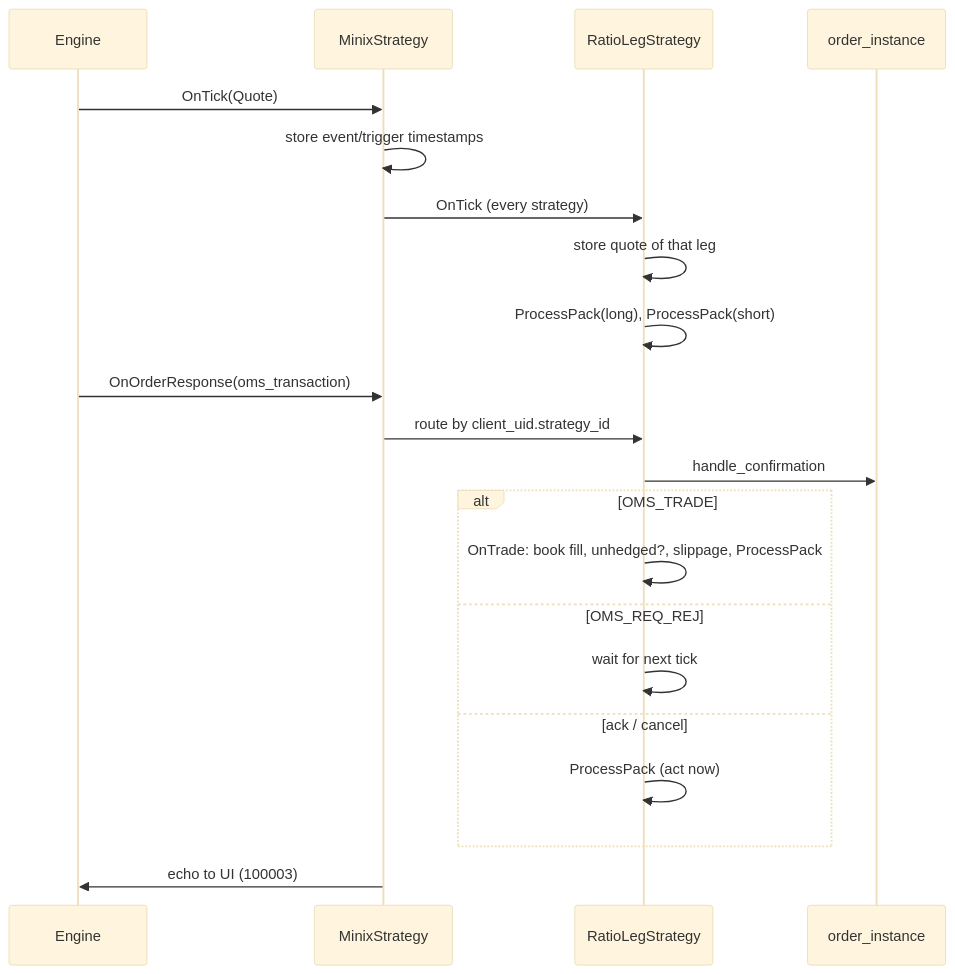
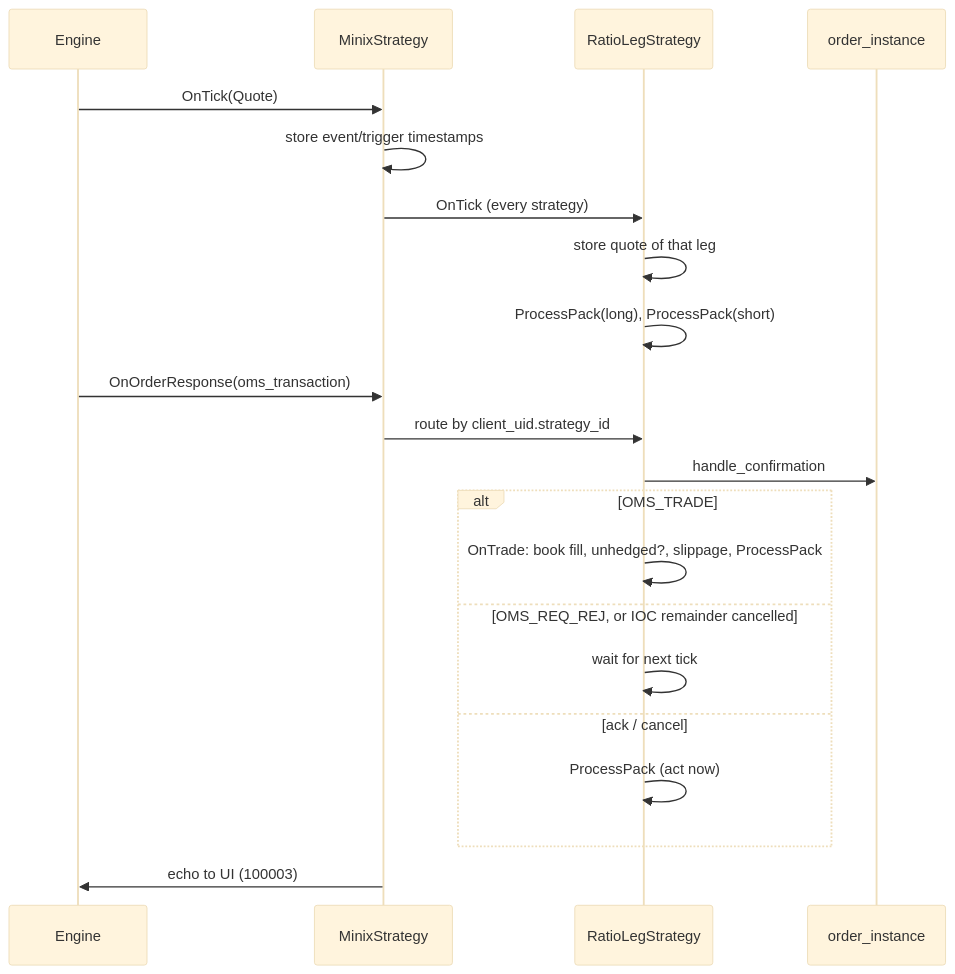
Before and after one commit to kingofknights/ConvexStrategy: the second of 3 diagrams in project_flow_documentation.md, drawn with Mermaid (base theme). The commit also changed other lines of this file and 8 other files, not shown here.

````diff
--- a/project_flow_documentation.md
+++ b/project_flow_documentation.md
@@ -79,25 +79,25 @@
 ```mermaid
 sequenceDiagram
     participant Engine
     participant Hub as MinixStrategy
     participant Strategy as RatioLegStrategy
     participant Order as order_instance
 
     Engine->>Hub: OnTick(Quote)
     Hub->>Hub: store event/trigger timestamps
     Hub->>Strategy: OnTick (every strategy)
     Strategy->>Strategy: store quote of that leg
     Strategy->>Strategy: ProcessPack(long), ProcessPack(short)
 
     Engine->>Hub: OnOrderResponse(oms_transaction)
     Hub->>Strategy: route by client_uid.strategy_id
     Strategy->>Order: handle_confirmation
     alt OMS_TRADE
         Strategy->>Strategy: OnTrade: book fill, unhedged?, slippage, ProcessPack
-    else OMS_REQ_REJ
+    else OMS_REQ_REJ, or IOC remainder cancelled
         Strategy->>Strategy: wait for next tick
     else ack / cancel
         Strategy->>Strategy: ProcessPack (act now)
     end
     Hub->>Engine: echo to UI (100003)
 ```
````
